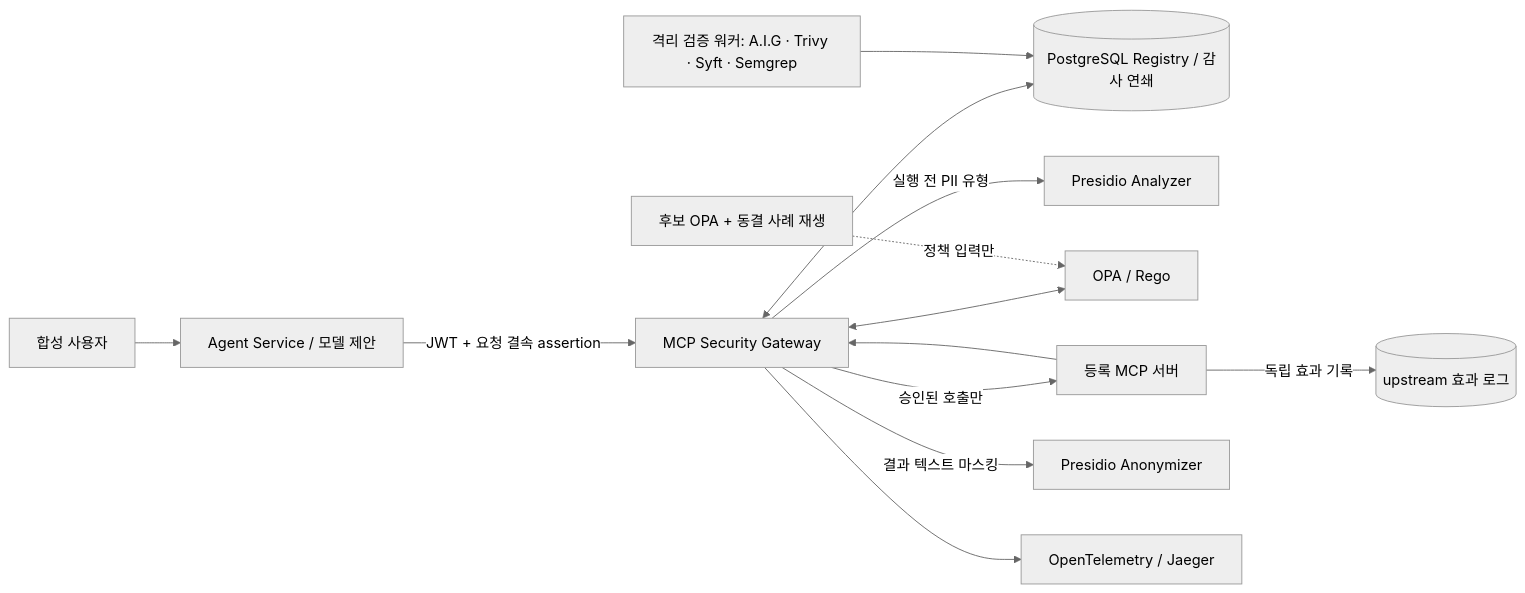
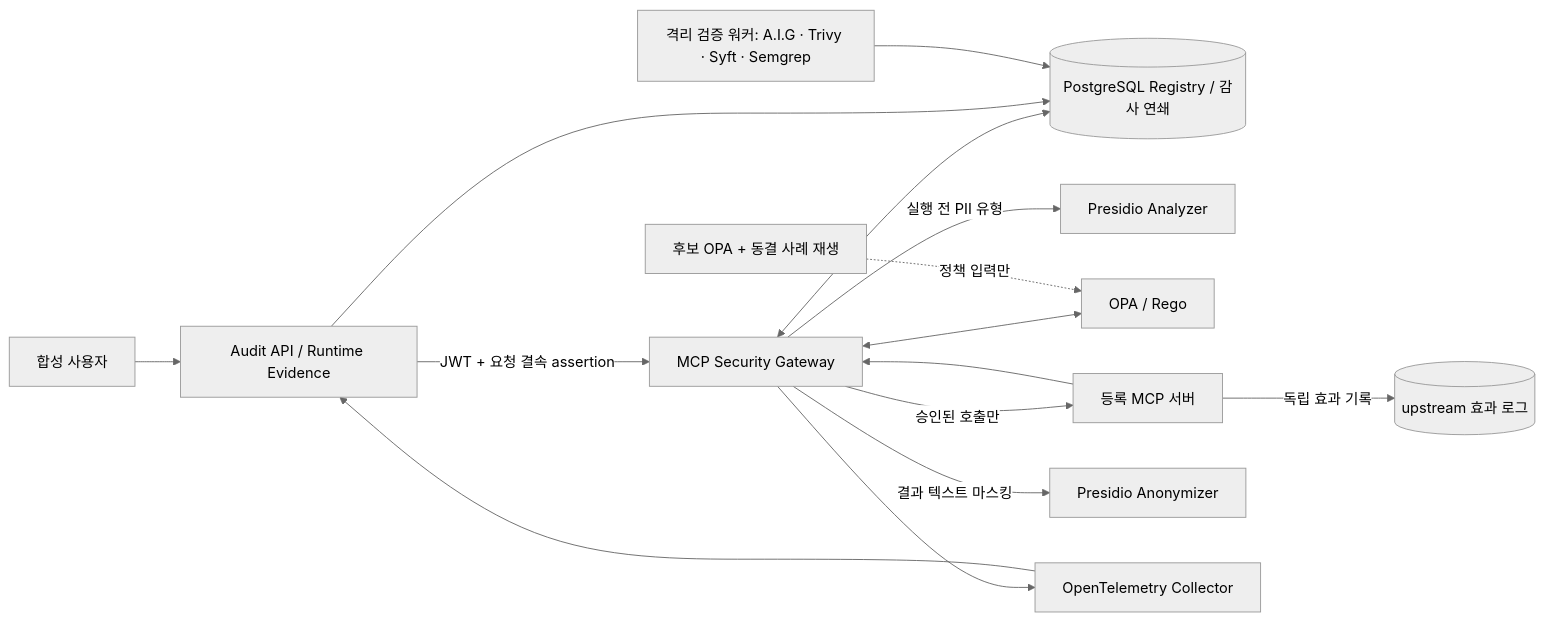
The diagram in docs/PDF-INTEGRATION-2026-09.md (MCP-governance/mcp-gateway), drawn with Mermaid (neutral theme) before and after one commit. The commit also changed other lines of this file and 23 other files, not shown here.

````diff
--- a/docs/PDF-INTEGRATION-2026-09.md
+++ b/docs/PDF-INTEGRATION-2026-09.md
@@ -25,15 +25,17 @@
 ```mermaid
 flowchart LR
     U[합성 사용자] --> A[Agent Service / 모델 제안]
     A -->|JWT + 요청 결속 assertion| G[MCP Security Gateway]
     G <--> R[(PostgreSQL Registry / 감사 연쇄)]
     G -->|실행 전 PII 유형| PA[Presidio Analyzer]
     G <--> O[OPA / Rego]
     G -->|승인된 호출만| M[등록 MCP 서버]
     M -->|독립 효과 기록| E[(upstream 효과 로그)]
     M --> G
     G -->|결과 텍스트 마스킹| PN[Presidio Anonymizer]
-    G --> J[OpenTelemetry / Jaeger]
+    G --> T[OpenTelemetry Collector]
+    T --> A[Audit API / Runtime Evidence]
+    A --> R
     W[격리 검증 워커: A.I.G · Trivy · Syft · Semgrep] --> R
     C[후보 OPA + 동결 사례 재생] -. 정책 입력만 .-> O
 ```
````
